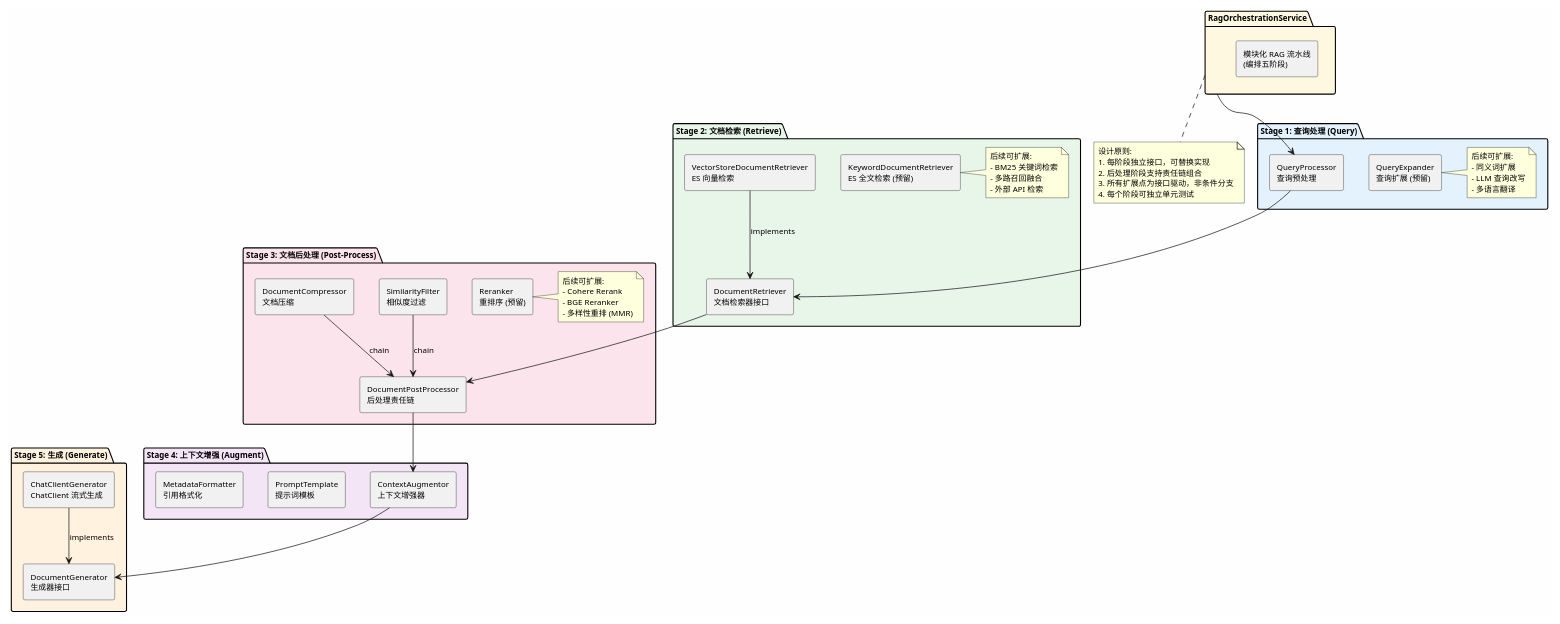
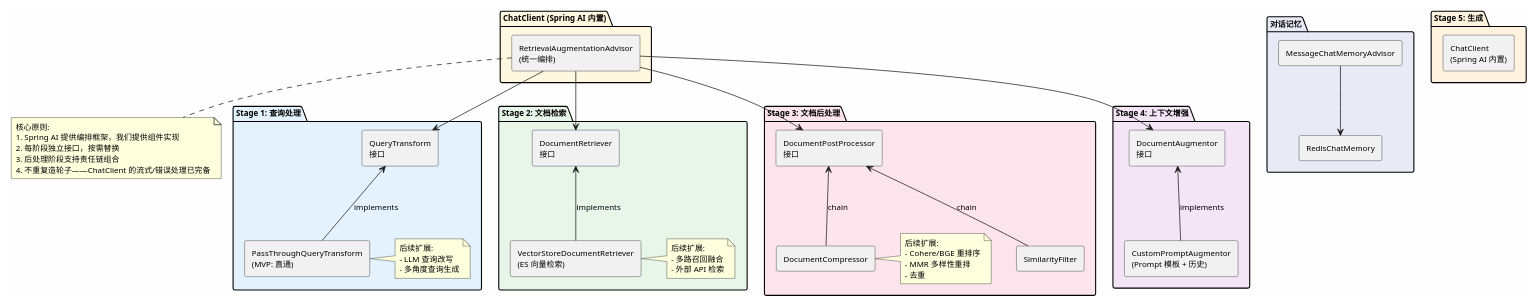
The second of 6 diagrams in document/design/智能问答模块详细设计.md (lazycece/zsagent), drawn with PlantUML before and after one commit. The commit also changed other lines of this file, not shown here.

````diff
--- a/document/design/智能问答模块详细设计.md
+++ b/document/design/智能问答模块详细设计.md
@@ -702,78 +730,78 @@
 ```plantuml
 @startuml 模块化RAG架构
 skinparam backgroundColor #FEFEFE
 skinparam defaultFontSize 11
 skinparam componentStyle rectangle
 
-package "RagOrchestrationService" as Orchestrator #FFF8E1 {
-  [模块化 RAG 流水线\n(编排五阶段)]
+package "ChatClient (Spring AI 内置)" as ChatClient #FFF8E1 {
+  [RetrievalAugmentationAdvisor\n(统一编排)] as Advisor
 }
 
-package "Stage 1: 查询处理 (Query)" as QStage #E3F2FD {
-  [QueryProcessor\n查询预处理] as QP
-  [QueryExpander\n查询扩展 (预留)] as QE
-  note right of QE
-    后续可扩展:
-    - 同义词扩展
+package "Stage 1: 查询处理" as QStage #E3F2FD {
+  [QueryTransform\n接口] as QT
+  [PassThroughQueryTransform\n(MVP: 直通)] as PQ
+  note right of PQ
+    后续扩展:
     - LLM 查询改写
-    - 多语言翻译
+    - 多角度查询生成
   end note
 }
 
-package "Stage 2: 文档检索 (Retrieve)" as RStage #E8F5E9 {
-  [DocumentRetriever\n文档检索器接口] as DR
-  [VectorStoreDocumentRetriever\nES 向量检索] as VSDR
-  [KeywordDocumentRetriever\nES 全文检索 (预留)] as KDR
-  note right of KDR
-    后续可扩展:
-    - BM25 关键词检索
+package "Stage 2: 文档检索" as RStage #E8F5E9 {
+  [DocumentRetriever\n接口] as DR
+  [VectorStoreDocumentRetriever\n(ES 向量检索)] as VSDR
+  note right of VSDR
+    后续扩展:
     - 多路召回融合
     - 外部 API 检索
   end note
 }
 
-package "Stage 3: 文档后处理 (Post-Process)" as PStage #FCE4EC {
-  [DocumentPostProcessor\n后处理责任链] as DPP
-  [SimilarityFilter\n相似度过滤] as SF
-  [DocumentCompressor\n文档压缩] as DC
-  [Reranker\n重排序 (预留)] as RR
-  note right of RR
-    后续可扩展:
-    - Cohere Rerank
-    - BGE Reranker
-    - 多样性重排 (MMR)
+package "Stage 3: 文档后处理" as PStage #FCE4EC {
+  [DocumentPostProcessor\n接口] as DPP
+  [SimilarityFilter] as SF
+  [DocumentCompressor] as DC
+  note right of DC
+    后续扩展:
+    - Cohere/BGE 重排序
+    - MMR 多样性重排
+    - 去重
   end note
 }
 
-package "Stage 4: 上下文增强 (Augment)" as AStage #F3E5F5 {
-  [ContextAugmentor\n上下文增强器] as CA
-  [PromptTemplate\n提示词模板] as PT
-  [MetadataFormatter\n引用格式化] as MF
+package "Stage 4: 上下文增强" as AStage #F3E5F5 {
+  [DocumentAugmentor\n接口] as DA
+  [CustomPromptAugmentor\n(Prompt 模板 + 历史)] as CPA
 }
 
-package "Stage 5: 生成 (Generate)" as GStage #FFF3E0 {
-  [DocumentGenerator\n生成器接口] as DG
-  [ChatClientGenerator\nChatClient 流式生成] as CCG
+package "对话记忆" as MemStage #E8EAF6 {
+  [MessageChatMemoryAdvisor] as MCMA
+  [RedisChatMemory] as RCM
 }
 
-Orchestrator --> QP
-QP --> DR
-DR --> DPP
-DPP --> CA
-CA --> DG
+package "Stage 5: 生成" as GStage #FFF3E0 {
+  [ChatClient\n(Spring AI 内置)] as CC
+}
 
-VSDR -down-> DR : implements
-SF -down-> DPP : chain
-DC -down-> DPP : chain
-CCG -down-> DG : implements
+Advisor --> QT
+Advisor --> DR
+Advisor --> DPP
+Advisor --> DA
+MCMA --> RCM
 
-note bottom of Orchestrator
-  设计原则:
-  1. 每阶段独立接口，可替换实现
-  2. 后处理阶段支持责任链组合
-  3. 所有扩展点为接口驱动，非条件分支
-  4. 每个阶段可独立单元测试
+PQ -up-> QT : implements
+VSDR -up-> DR : implements
+SF -up-> DPP : chain
+DC -up-> DPP : chain
+CPA -up-> DA : implements
+
+note bottom of Advisor
+  核心原则:
+  1. Spring AI 提供编排框架，我们提供组件实现
+  2. 每阶段独立接口，按需替换
+  3. 后处理阶段支持责任链组合
+  4. 不重复造轮子——ChatClient 的流式/错误处理已完备
 end note
 
 @enduml
 ```
````
